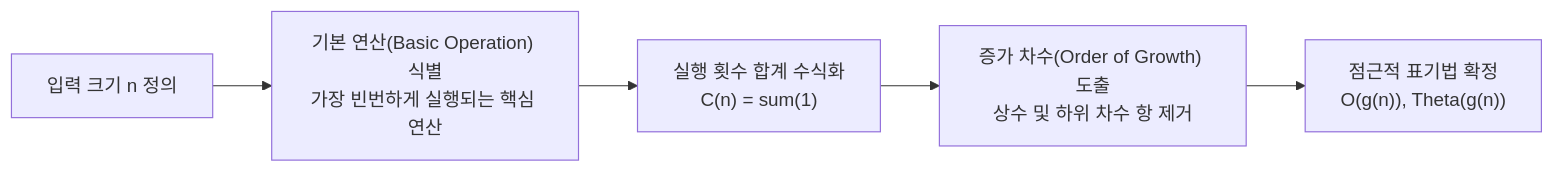
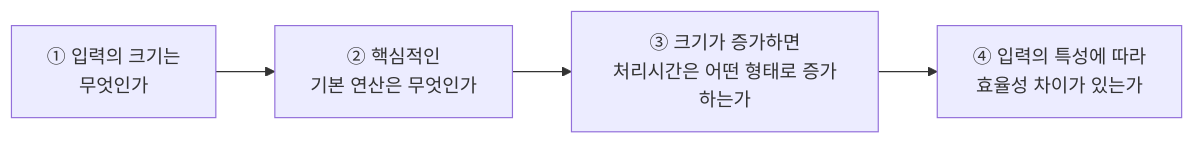
The diagram in ComputerScience/06_algorithms-graphics/algorithm-design-analysis/notes/02. 알고리즘 효율성 분석과 점근적 표기법.md (umyunsang/edu), drawn with Mermaid before and after one commit. The commit also changed other lines of this file and 1 other file, not shown here.

Commit message:
Auto-save: Updated ComputerScience/06_algorithms-graphics/algorithm-design-analysis/notes/02. 알고리즘 효율성 분석과 점근적 표기법.md, ComputerScience/06_algorithms-graphics/algorithm-design-analysis/notes/index.md

````diff
--- a/ComputerScience/06_algorithms-graphics/algorithm-design-analysis/notes/02. 알고리즘 효율성 분석과 점근적 표기법.md
+++ b/ComputerScience/06_algorithms-graphics/algorithm-design-analysis/notes/02. 알고리즘 효율성 분석과 점근적 표기법.md
@@ -34,7 +47,6 @@
 ```mermaid
 flowchart LR
-    A["입력 크기 n 정의"] --> B["기본 연산(Basic Operation) 식별<br/>가장 빈번하게 실행되는 핵심 연산"]
-    B --> C["실행 횟수 합계 수식화<br/>C(n) = sum(1)"]
-    C --> D["증가 차수(Order of Growth) 도출<br/>상수 및 하위 차수 항 제거"]
-    D --> E["점근적 표기법 확정<br/>O(g(n)), Theta(g(n))"]
+    Q1["① 입력의 크기는<br/>무엇인가"] --> Q2["② 핵심적인<br/>기본 연산은 무엇인가"]
+    Q2 --> Q3["③ 크기가 증가하면<br/>처리시간은 어떤 형태로 증가하는가"]
+    Q3 --> Q4["④ 입력의 특성에 따라<br/>효율성 차이가 있는가"]
 ```
````
